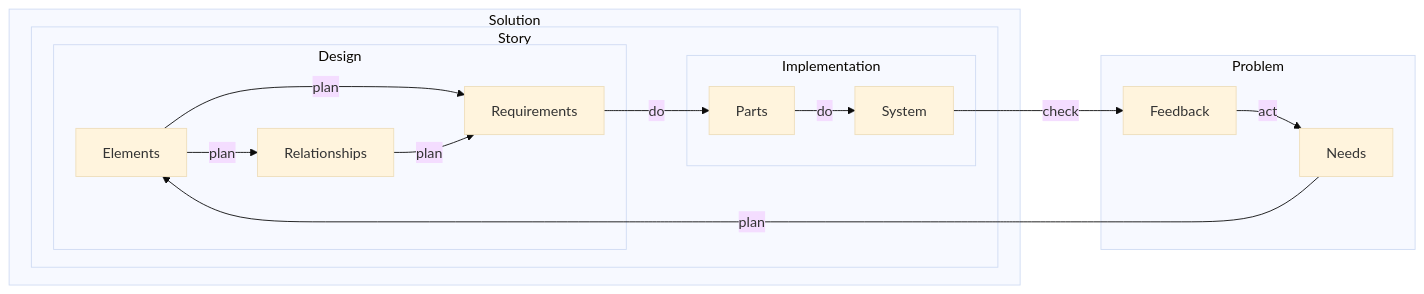
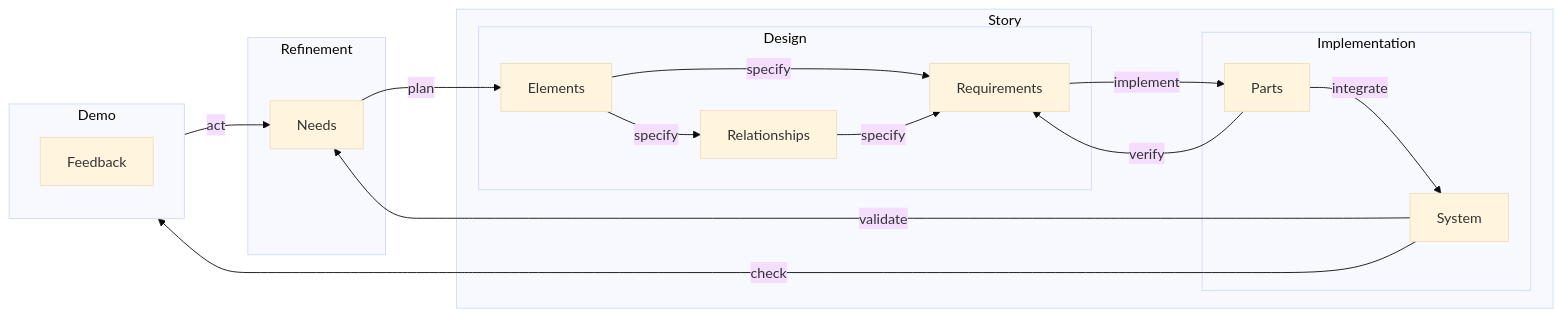
One commit to firstprinciplesthinking/paper_development_lifecycle changed diagram 11 of 11 in README.md. Above: the diagram before and after it, drawn with Mermaid (base theme). The commit also changed other lines of this file, not shown here.

````diff
--- a/README.md
+++ b/README.md
@@ -237,30 +289,34 @@
 ```mermaid
    flowchart LR
-      subgraph Solution
-         subgraph Story
-            subgraph Design
-               Elements
-               Relationships
-               Requirements
-            end
-            subgraph Implementation
-               Parts
-               System
-            end
+      subgraph Solution ["Story"]
+        subgraph Design
+            Elements
+            Relationships
+            Requirements
+         end
+         subgraph Implementation
+            Parts
+            System
          end
       end
       
-      subgraph Problem
+      subgraph Problem ["Refinement"]
          Needs
+      end
+      
+      subgraph Demo
          Feedback
       end
 
+
       Needs--"plan"-->Elements
-      Elements--"plan"-->Requirements
-      Elements--"plan"-->Relationships
-      Relationships--"plan"-->Requirements
-      Requirements--"do"-->Parts
-      Parts--"do"-->System
-      System--"check"-->Feedback
-      Feedback--"act"-->Needs
+      Elements--"specify"-->Requirements
+      Elements--"specify"-->Relationships
+      Relationships--"specify"-->Requirements
+      Requirements--"implement"-->Parts
+      Parts--"integrate"-->System
+      Parts--"verify"-->Requirements
+      System--"check"-->Demo
+      System--"validate"-->Needs
+      Demo--"act"-->Needs
 ```
````
